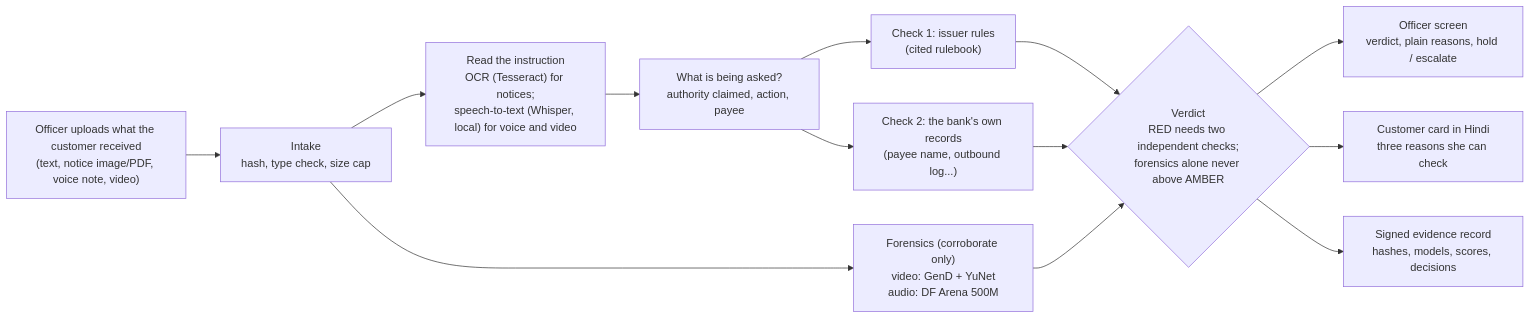
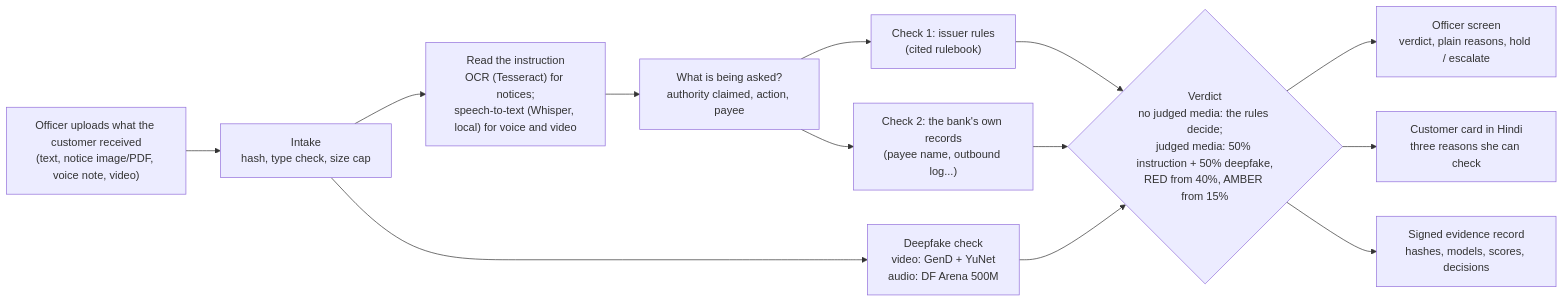
Before and after one commit to codebreaker32/satyapan: the first of 2 diagrams in docs/architecture.md, drawn with Mermaid. The commit also changed other lines of this file and 24 other files, not shown here.

````diff
--- a/docs/architecture.md
+++ b/docs/architecture.md
@@ -9,15 +9,15 @@
 ```mermaid
 flowchart LR
     A["Officer uploads what the customer received<br/>(text, notice image/PDF, voice note, video)"] --> B["Intake<br/>hash, type check, size cap"]
     B --> C["Read the instruction<br/>OCR (Tesseract) for notices;<br/>speech-to-text (Whisper, local) for voice and video"]
     C --> D["What is being asked?<br/>authority claimed, action, payee"]
     D --> F1["Check 1: issuer rules<br/>(cited rulebook)"]
     D --> F2["Check 2: the bank's own records<br/>(payee name, outbound log...)"]
-    B --> F3["Forensics (corroborate only)<br/>video: GenD + YuNet<br/>audio: DF Arena 500M"]
-    F1 --> V{"Verdict<br/>RED needs two independent checks;<br/>forensics alone never above AMBER"}
+    B --> F3["Deepfake check<br/>video: GenD + YuNet<br/>audio: DF Arena 500M"]
+    F1 --> V{"Verdict<br/>no judged media: the rules decide;<br/>judged media: 50% instruction + 50% deepfake,<br/>RED from 40%, AMBER from 15%"}
     F2 --> V
     F3 --> V
     V --> O1["Officer screen<br/>verdict, plain reasons, hold / escalate"]
     V --> O2["Customer card in Hindi<br/>three reasons she can check"]
     V --> O3["Signed evidence record<br/>hashes, models, scores, decisions"]
 ```
````
